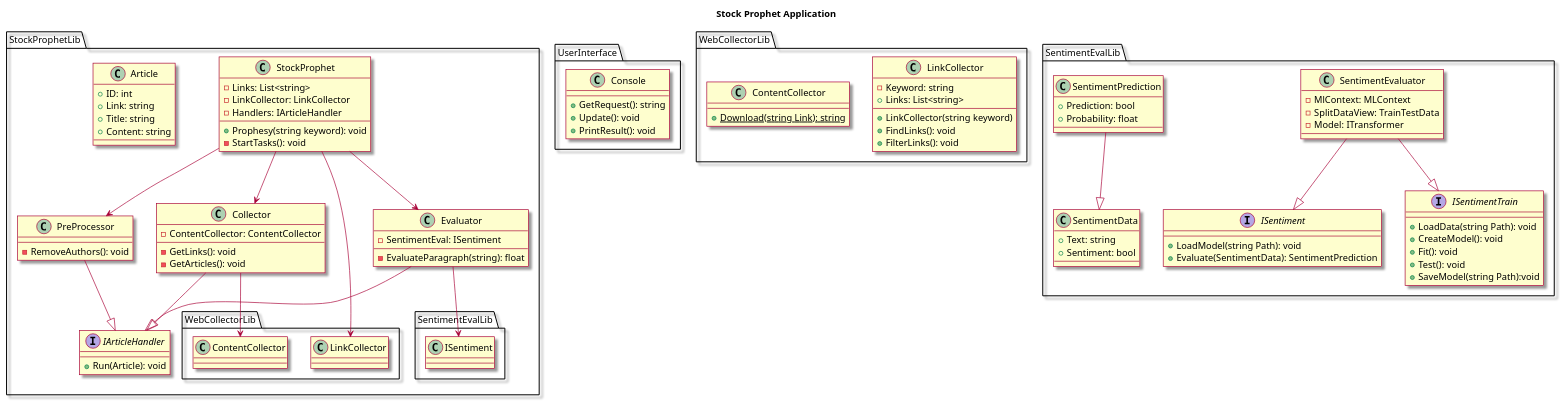
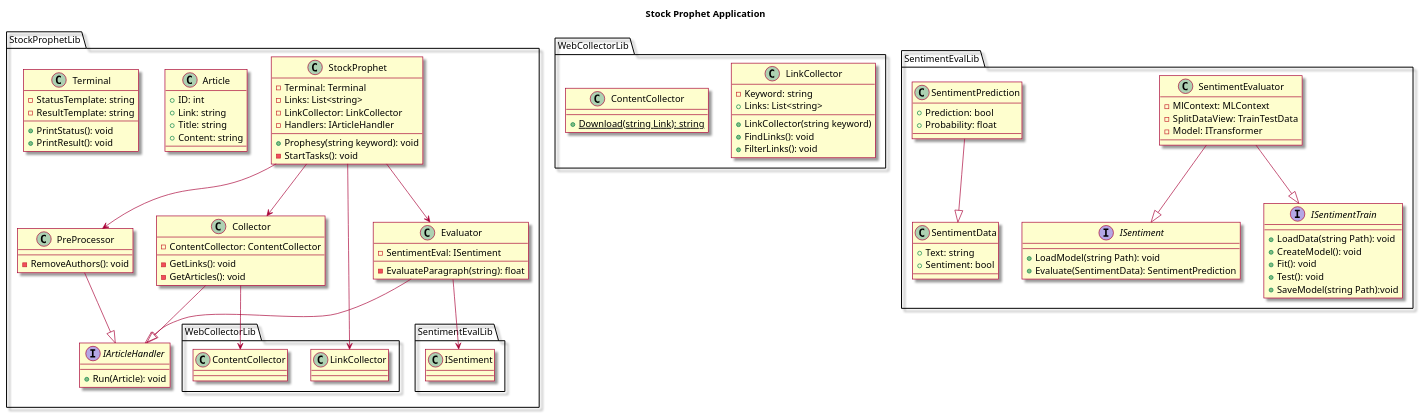
The diagram in doc/classDiagram.plantuml (Ifi-Softwareentwicklung-SoSe2023/TUBAF_SE-Project_StockProphet), drawn with PlantUML before and after one commit.

Commit message:
Update classDiagram.plantuml; Remove UI_Lib (#2)

```diff
--- a/doc/classDiagram.plantuml
+++ b/doc/classDiagram.plantuml
@@ -1,122 +1,120 @@
 @startuml Project Model Class Diagram
 
 skin rose
 
 title Stock Prophet Application
 
 
 package StockProphetLib {
 
     class StockProphet {
+        -Terminal: Terminal
         -Links: List<string>
         -LinkCollector: LinkCollector
         -Handlers: IArticleHandler
         +Prophesy(string keyword): void
         -StartTasks(): void
     }
     StockProphet --> WebCollectorLib.LinkCollector
     StockProphet --> Collector
     StockProphet --> PreProcessor
     StockProphet --> Evaluator
 
 
     interface IArticleHandler {
         +Run(Article): void
     }
 
 
     class Collector {
         -ContentCollector: ContentCollector
         -GetLinks(): void
         -GetArticles(): void
     }
     Collector --|> IArticleHandler
     Collector --> WebCollectorLib.ContentCollector
 
 
     class PreProcessor {
         -RemoveAuthors(): void
     }
     PreProcessor --|> IArticleHandler
 
 
     class Evaluator {
         -SentimentEval: ISentiment
         -EvaluateParagraph(string): float
     }
     Evaluator --|> IArticleHandler
     Evaluator --> SentimentEvalLib.ISentiment
 
 
     class Article {
         +ID: int
         +Link: string
         +Title: string
         +Content: string
     }
-}
 
 
-package UserInterface 
-{    
-    class Console {
-        +GetRequest(): string
-        +Update(): void
+    class Terminal {
+        -StatusTemplate: string
+        +PrintStatus(): void
+        -ResultTemplate: string
         +PrintResult(): void
     }
 }
 
 
 package WebCollectorLib 
 {
     class LinkCollector {
         -Keyword: string
         +Links: List<string>
         +LinkCollector(string keyword)
         +FindLinks(): void
         +FilterLinks(): void
     }
 
     class ContentCollector {
         {static} +Download(string Link): string
     }
 }
 
 
 package SentimentEvalLib 
 {
     interface ISentiment {
         +LoadModel(string Path): void
         +Evaluate(SentimentData): SentimentPrediction
     }
 
     interface ISentimentTrain {
         +LoadData(string Path): void
         +CreateModel(): void
         +Fit(): void
         +Test(): void
         +SaveModel(string Path):void
     }
     
     class SentimentEvaluator {
         -MlContext: MLContext
         -SplitDataView: TrainTestData
         -Model: ITransformer
     }
     SentimentEvaluator --|> ISentiment
     SentimentEvaluator --|> ISentimentTrain
 
     class SentimentData {
         +Text: string
         +Sentiment: bool
     }
 
     class SentimentPrediction {
         +Prediction: bool
         +Probability: float
     }
     SentimentPrediction --|> SentimentData
 }
 
-
 @enduml
```
